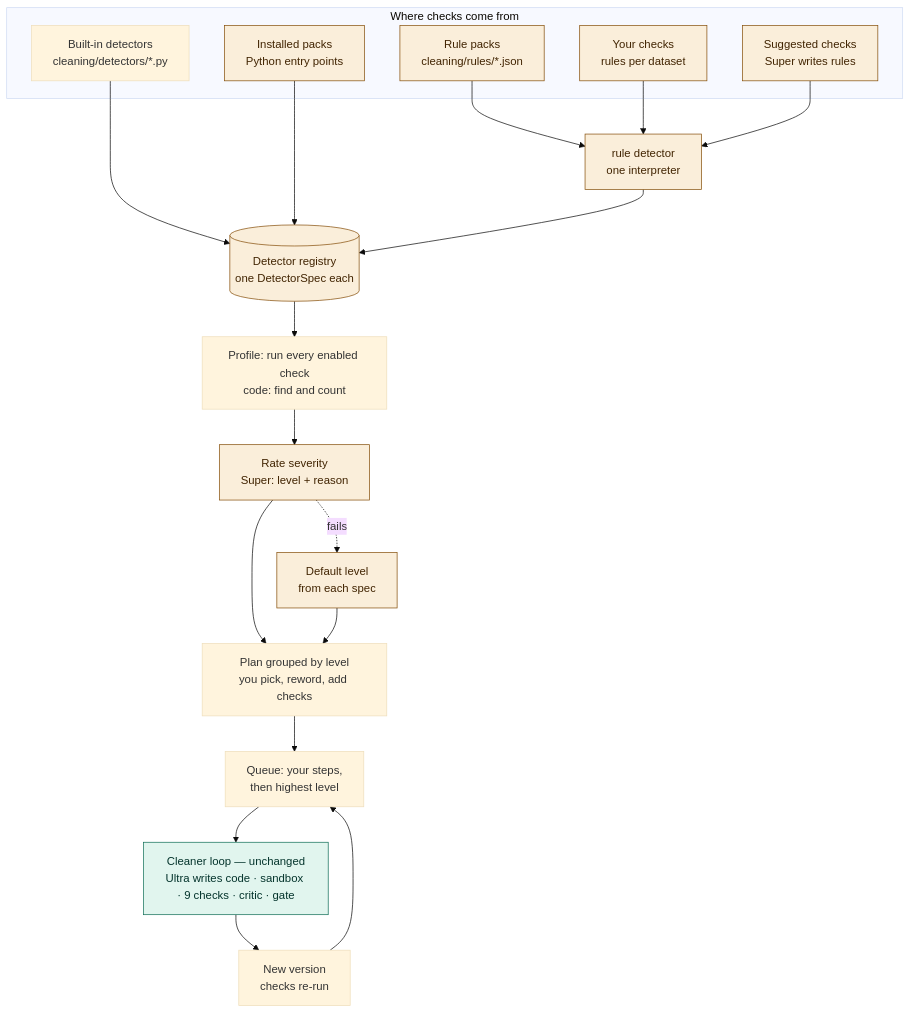
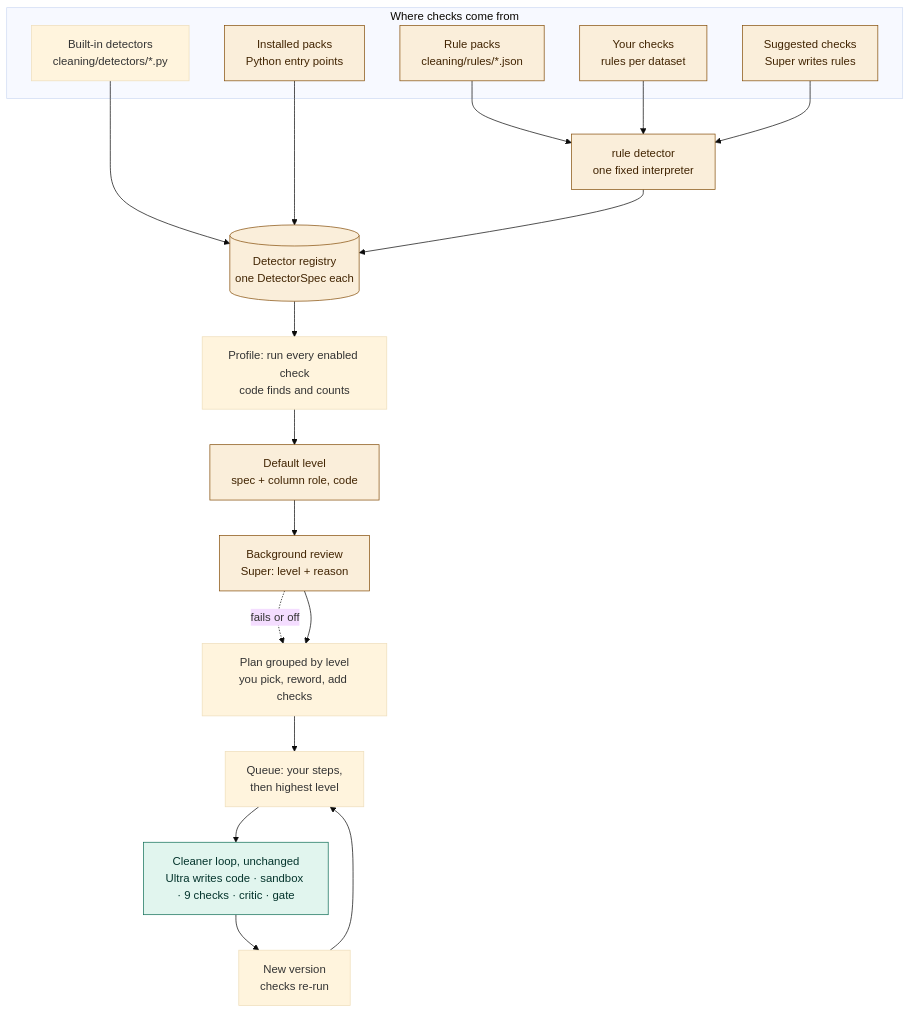
The fourth of 16 diagrams in docs/plans/cleaner-detectors-and-severity.md (n1mk1/sherlock), drawn with Mermaid (base theme) before and after one commit. The commit also changed other lines of this file, not shown here.

````diff
--- a/docs/plans/cleaner-detectors-and-severity.md
+++ b/docs/plans/cleaner-detectors-and-severity.md
@@ -69,30 +110,30 @@
 ```mermaid
 flowchart TB
     subgraph Sources["Where checks come from"]
-        S1[Built-in detectors<br/>cleaning/detectors/*.py]
-        S2[Installed packs<br/>Python entry points]
-        S3[Rule packs<br/>cleaning/rules/*.json]
-        S4[Your checks<br/>rules per dataset]
-        S5[Suggested checks<br/>Super writes rules]
+        S1["Built-in detectors<br/>cleaning/detectors/*.py"]
+        S2["Installed packs<br/>Python entry points"]
+        S3["Rule packs<br/>cleaning/rules/*.json"]
+        S4["Your checks<br/>rules per dataset"]
+        S5["Suggested checks<br/>Super writes rules"]
     end
-    S3 --> RD[rule detector<br/>one interpreter]
+    S3 --> RD["rule detector<br/>one fixed interpreter"]
     S4 --> RD
     S5 --> RD
-    S1 --> R[(Detector registry<br/>one DetectorSpec each)]
+    S1 --> R[("Detector registry<br/>one DetectorSpec each")]
     S2 --> R
     RD --> R
-    R --> P[Profile: run every enabled check<br/>code: find and count]
-    P --> RT[Rate severity<br/>Super: level + reason]
-    RT -. fails .-> DF[Default level<br/>from each spec]
-    RT --> PL[Plan grouped by level<br/>you pick, reword, add checks]
-    DF --> PL
-    PL --> Q[Queue: your steps,<br/>then highest level]
-    Q --> LP[Cleaner loop — unchanged<br/>Ultra writes code · sandbox · 9 checks · critic · gate]
-    LP --> V[New version<br/>checks re-run]
+    R --> P["Profile: run every enabled check<br/>code finds and counts"]
+    P --> DF["Default level<br/>spec + column role, code"]
+    DF --> RT["Background review<br/>Super: level + reason"]
+    RT -. "fails or off" .-> PL
+    RT --> PL["Plan grouped by level<br/>you pick, reword, add checks"]
+    PL --> Q["Queue: your steps,<br/>then highest level"]
+    Q --> LP["Cleaner loop, unchanged<br/>Ultra writes code · sandbox · 9 checks · critic · gate"]
+    LP --> V["New version<br/>checks re-run"]
     V --> Q
 
     classDef new fill:#FAEEDA,stroke:#854F0B,color:#412402
     classDef keep fill:#E1F5EE,stroke:#0F6E56,color:#04342C
     class R,RD,RT,DF,S2,S3,S4,S5 new
     class LP keep
 ```
````
